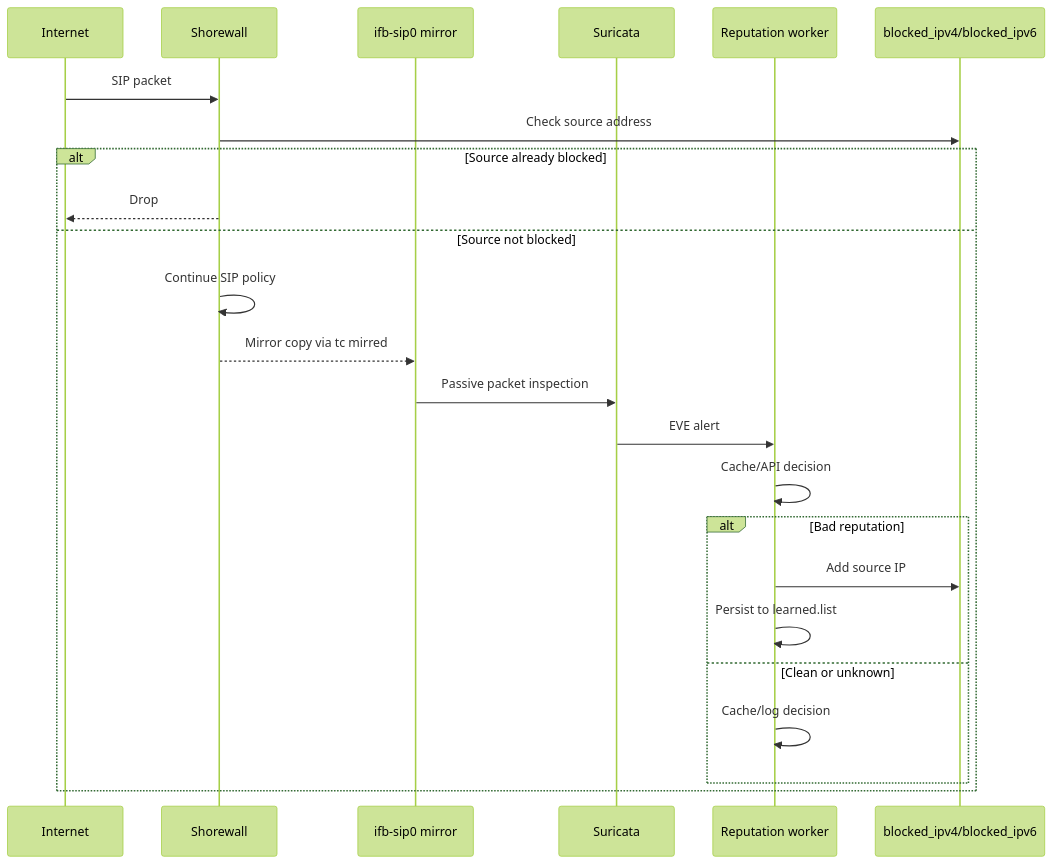
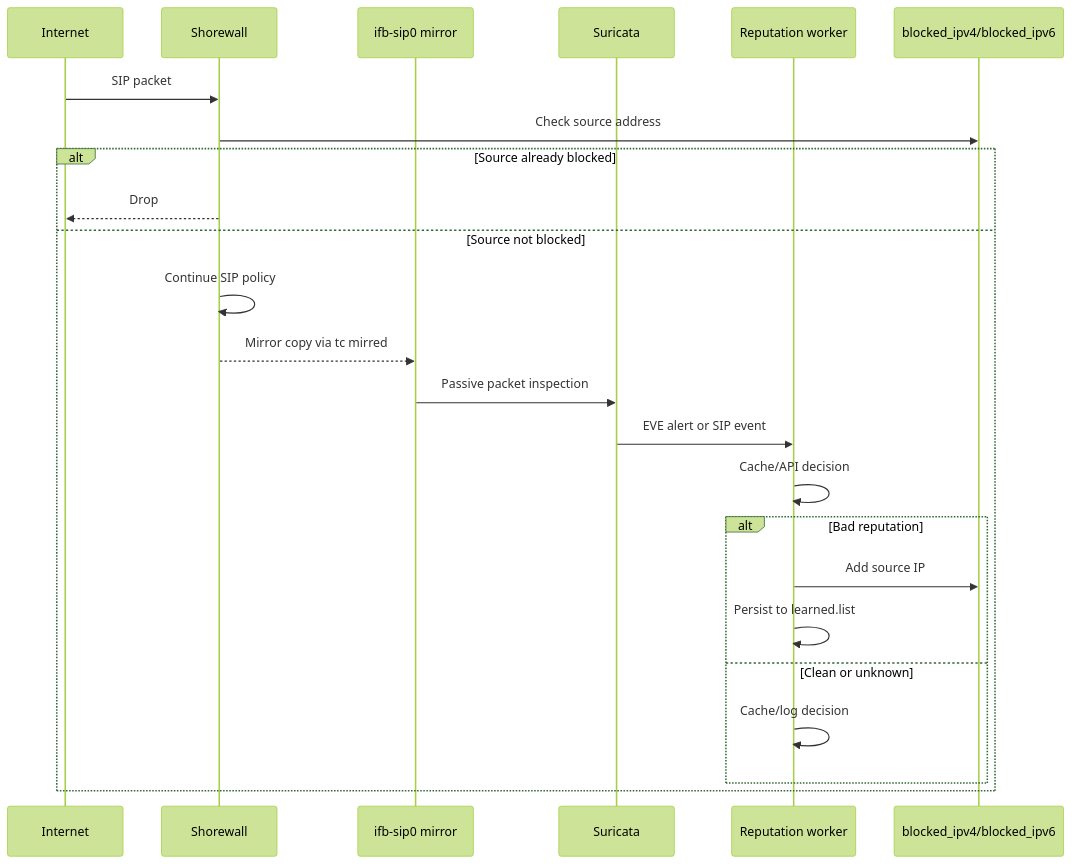
One commit to volga629-1/geoipsets changed the second of 2 diagrams in docs/wiki-sip-reputation-architecture.md. Above: the diagram before and after it, drawn with Mermaid (forest theme). The commit also changed other lines of this file and 10 other files, not shown here.

Commit message:
Add local SIP reputation worker

````diff
--- a/docs/wiki-sip-reputation-architecture.md
+++ b/docs/wiki-sip-reputation-architecture.md
@@ -55,27 +55,27 @@
 ```mermaid
 sequenceDiagram
     participant Internet
     participant Shorewall
     participant IFB as ifb-sip0 mirror
     participant Suricata
     participant Worker as Reputation worker
     participant Ipset as blocked_ipv4/blocked_ipv6
 
     Internet->>Shorewall: SIP packet
     Shorewall->>Ipset: Check source address
     alt Source already blocked
         Shorewall-->>Internet: Drop
     else Source not blocked
         Shorewall->>Shorewall: Continue SIP policy
         Shorewall-->>IFB: Mirror copy via tc mirred
         IFB->>Suricata: Passive packet inspection
-        Suricata->>Worker: EVE alert
+        Suricata->>Worker: EVE alert or SIP event
         Worker->>Worker: Cache/API decision
         alt Bad reputation
             Worker->>Ipset: Add source IP
             Worker->>Worker: Persist to learned.list
         else Clean or unknown
             Worker->>Worker: Cache/log decision
         end
     end
 ```
````
